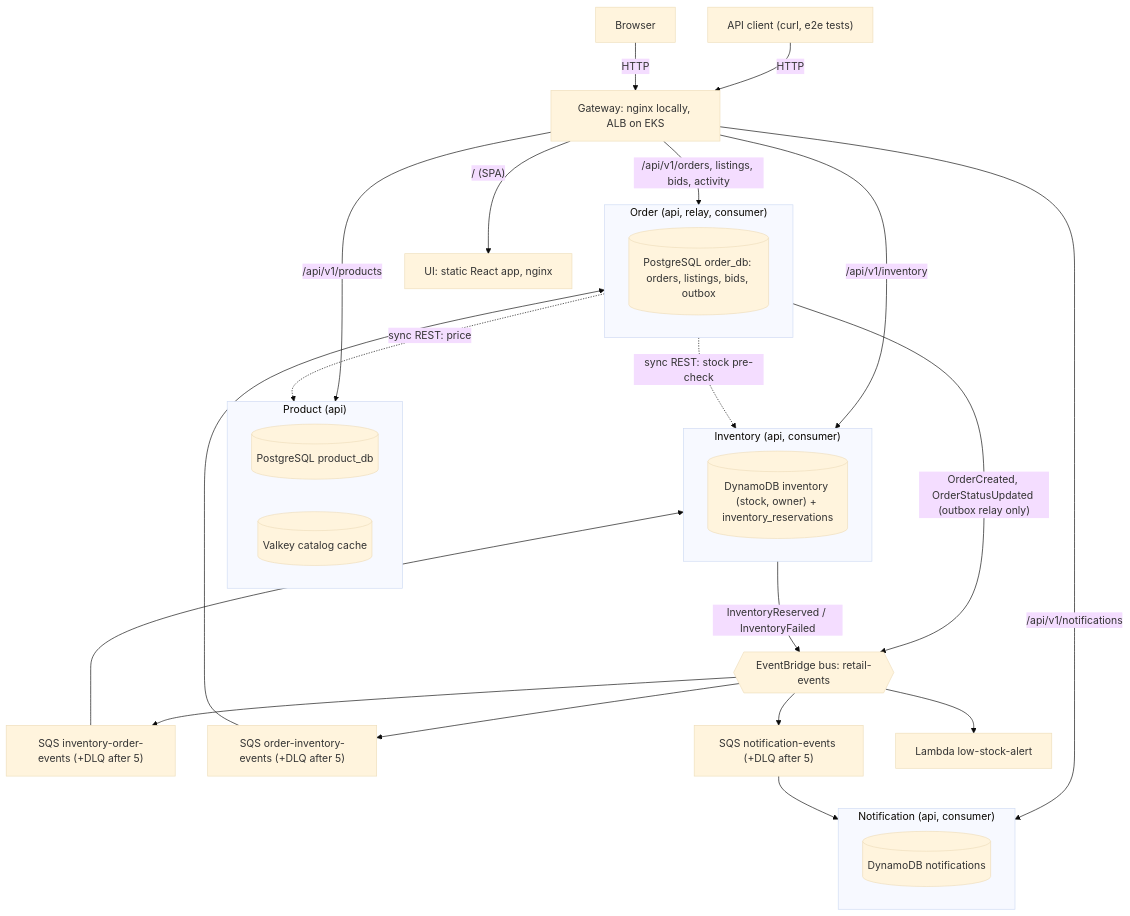
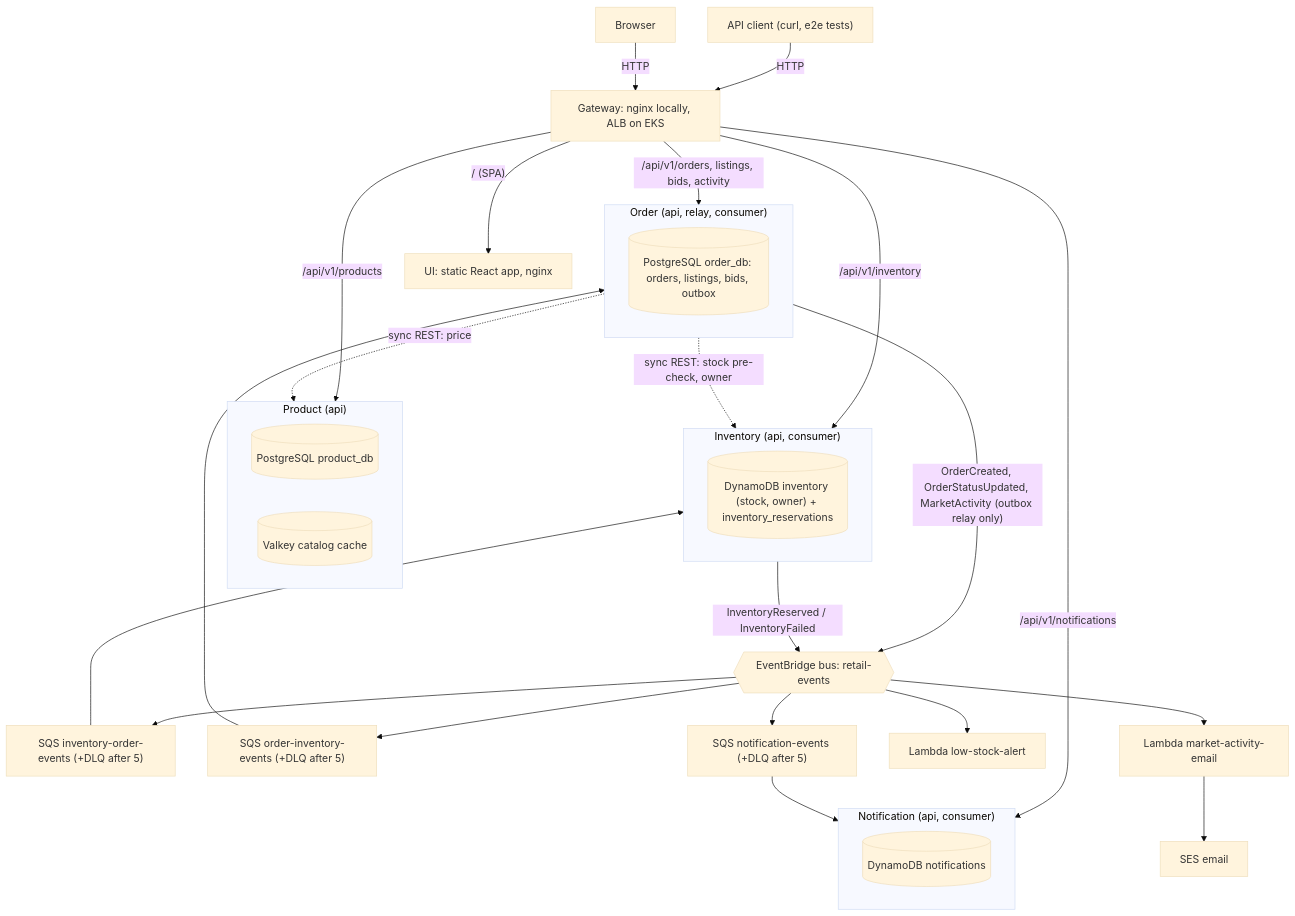
The first of 4 diagrams in docs/DESIGN.md (loriamichaelj/cloud-punks), drawn with Mermaid (base theme) before and after one commit. The commit also changed other lines of this file and 7 other files, not shown here.

````diff
--- a/docs/DESIGN.md
+++ b/docs/DESIGN.md
@@ -72,32 +72,33 @@
 ```mermaid
 flowchart TB
   client["API client (curl, e2e tests)"] -->|HTTP| gw["Gateway: nginx locally, ALB on EKS"]
   browser["Browser"] -->|HTTP| gw
   gw -->|"/ (SPA)"| UIS["UI: static React app, nginx"]
   gw -->|/api/v1/products| P
   gw -->|/api/v1/inventory| I
   gw -->|"/api/v1/orders, listings, bids, activity"| O
   gw -->|/api/v1/notifications| N
   subgraph P["Product (api)"]
     Ppg[("PostgreSQL product_db")]
     Pvk[("Valkey catalog cache")]
   end
   subgraph I["Inventory (api, consumer)"]
     Iddb[("DynamoDB inventory (stock, owner) + inventory_reservations")]
   end
   subgraph O["Order (api, relay, consumer)"]
     Opg[("PostgreSQL order_db: orders, listings, bids, outbox")]
   end
   subgraph N["Notification (api, consumer)"]
     Nddb[("DynamoDB notifications")]
   end
   O -. "sync REST: price" .-> P
-  O -. "sync REST: stock pre-check" .-> I
-  O -->|"OrderCreated, OrderStatusUpdated (outbox relay only)"| BUS
+  O -. "sync REST: stock pre-check, owner" .-> I
+  O -->|"OrderCreated, OrderStatusUpdated, MarketActivity (outbox relay only)"| BUS
   I -->|"InventoryReserved / InventoryFailed"| BUS
   BUS{{"EventBridge bus: retail-events"}}
   BUS --> Q1["SQS inventory-order-events (+DLQ after 5)"] --> I
   BUS --> Q2["SQS order-inventory-events (+DLQ after 5)"] --> O
   BUS --> Q3["SQS notification-events (+DLQ after 5)"] --> N
   BUS --> L["Lambda low-stock-alert"]
+  BUS --> M["Lambda market-activity-email"] --> SES["SES email"]
 ```
````
